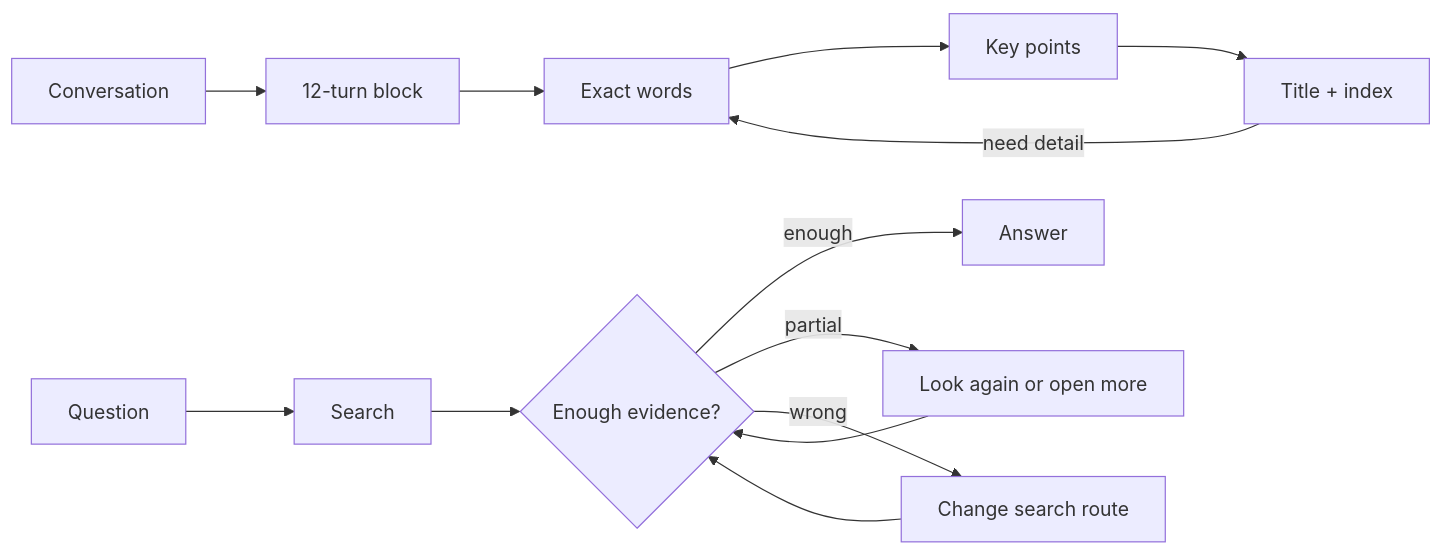
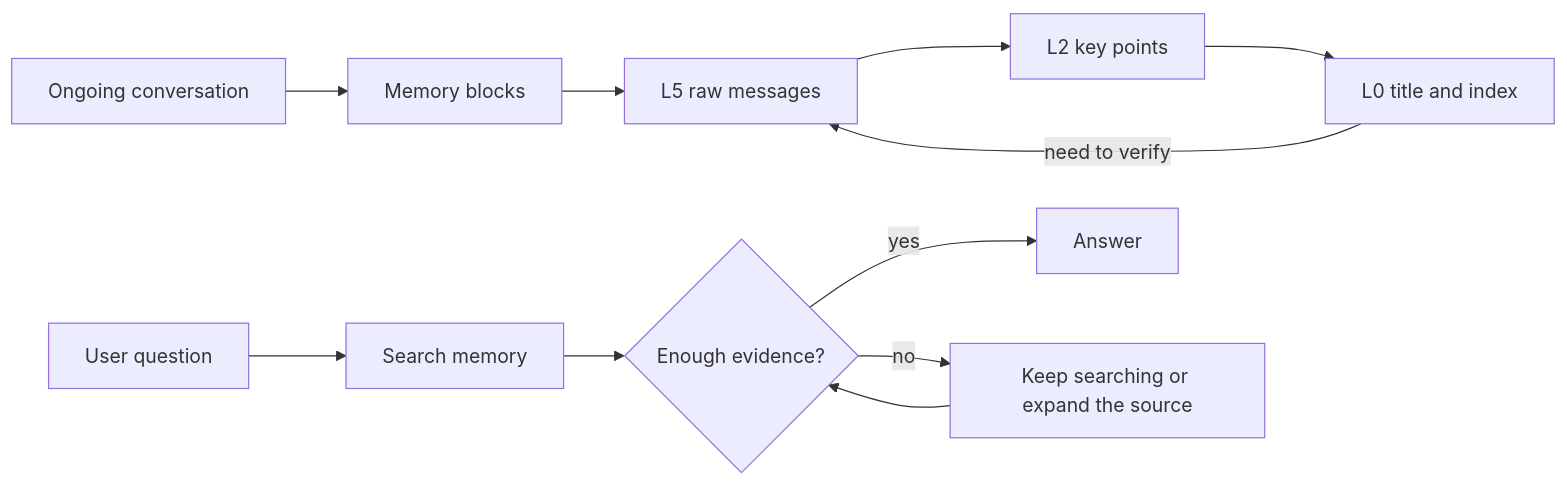
The diagram in README.md (Triple3h/StrataGate-AgentMemory), drawn with Mermaid before and after one commit. The commit also changed other lines of this file, not shown here.

````diff
--- a/README.md
+++ b/README.md
@@ -162,16 +30,14 @@
 ```mermaid
 flowchart LR
-    A["Conversation"] --> B["12-turn block"]
-    B --> C["Exact words"]
-    C --> D["Key points"]
-    D --> E["Title + index"]
-    E -->|"need detail"| C
+    A["Ongoing conversation"] --> B["Memory blocks"]
+    B --> C["L5 raw messages"]
+    C --> D["L2 key points"]
+    D --> E["L0 title and index"]
+    E -->|"need to verify"| C
 
-    Q["Question"] --> S["Search"]
+    Q["User question"] --> S["Search memory"]
     S --> G{"Enough evidence?"}
-    G -->|"enough"| R["Answer"]
-    G -->|"partial"| M["Look again or open more"]
-    G -->|"wrong"| N["Change search route"]
-    M --> G
-    N --> G
+    G -->|"yes"| R["Answer"]
+    G -->|"no"| X["Keep searching or expand the source"]
+    X --> G
 ```
````
